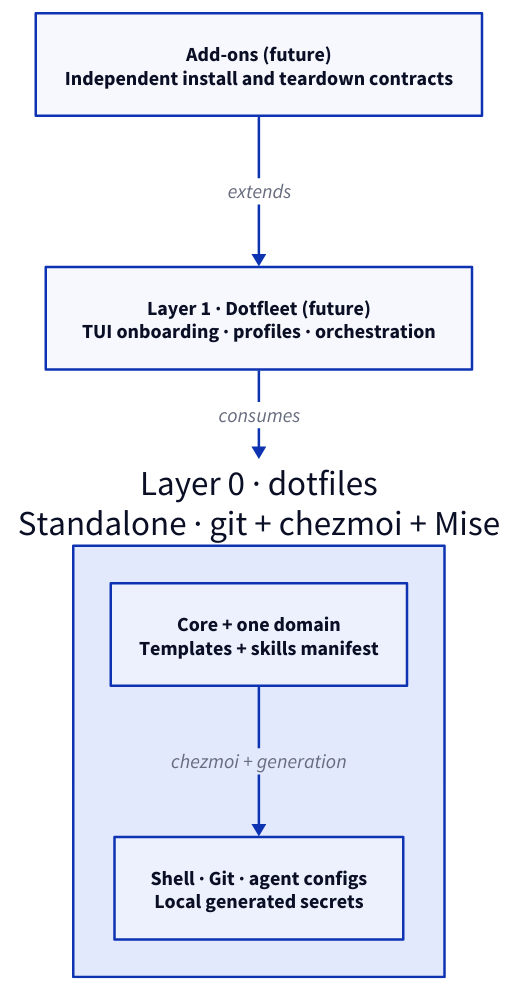
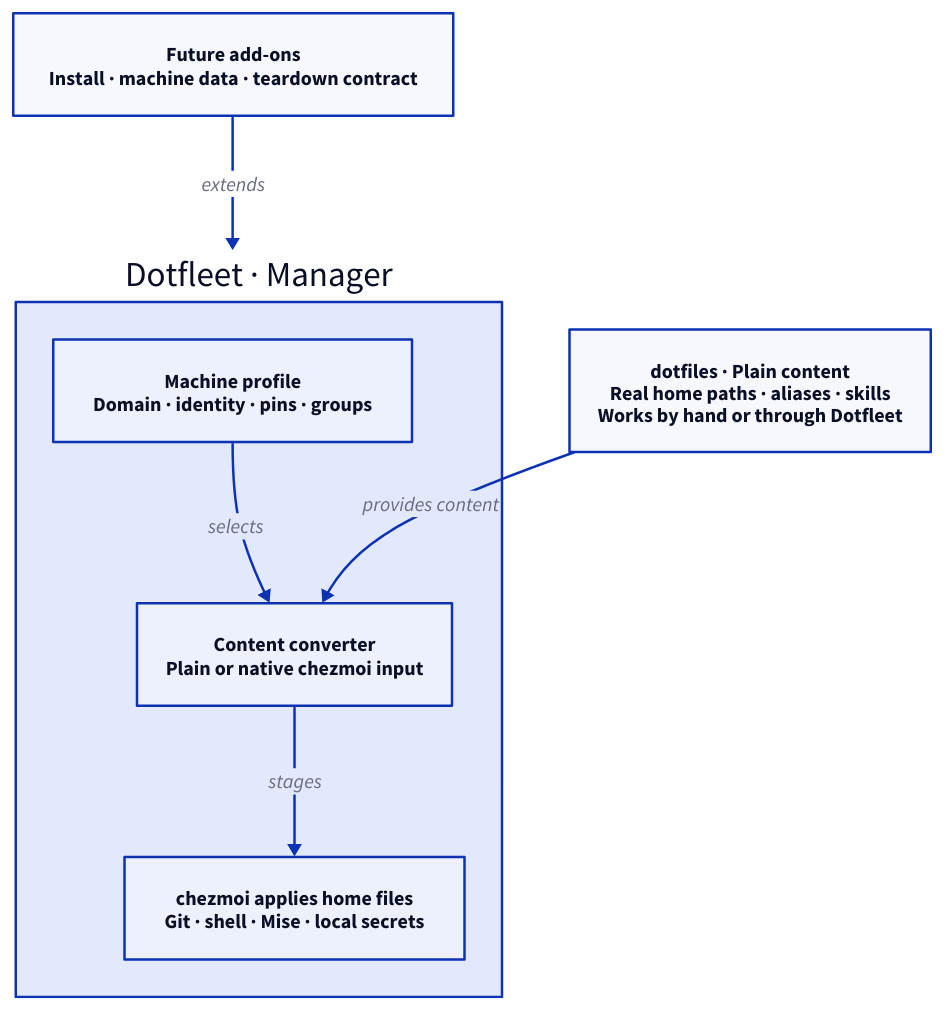
One commit to jeremyspofford/dotfiles changed the diagram in docs/diagrams/layers.d2. Above: the diagram before and after it, drawn with D2. The commit also changed 59 other files, not shown here.

Commit message:
feat: split plain dotfiles content from Dotfleet manager

```diff
--- a/docs/diagrams/layers.d2
+++ b/docs/diagrams/layers.d2
@@ -1,11 +1,13 @@
 direction: down
-dotfiles: {
-  label: "Layer 0 · dotfiles\nStandalone · git + chezmoi + Mise"
-  source: "Core + one domain\nTemplates + skills manifest"
-  outputs: "Shell · Git · agent configs\nLocal generated secrets"
-  source -> outputs: "chezmoi + generation"
+dotfiles: "dotfiles · Plain content\nReal home paths · aliases · skills\nWorks by hand or through Dotfleet"
+dotfleet: {
+  label: "Dotfleet · Manager"
+  profile: "Machine profile\nDomain · identity · pins · groups"
+  source: "Content converter\nPlain or native chezmoi input"
+  home: "chezmoi applies home files\nGit · shell · Mise · local secrets"
+  profile -> source: "selects"
+  source -> home: "stages"
 }
-dotfleet: "Layer 1 · Dotfleet (future)\nTUI onboarding · profiles · orchestration"
-addons: "Add-ons (future)\nIndependent install and teardown contracts"
-dotfleet -> dotfiles: "consumes"
+dotfiles -> dotfleet.source: "provides content"
+addons: "Future add-ons\nInstall · machine data · teardown contract"
 addons -> dotfleet: "extends"
```
